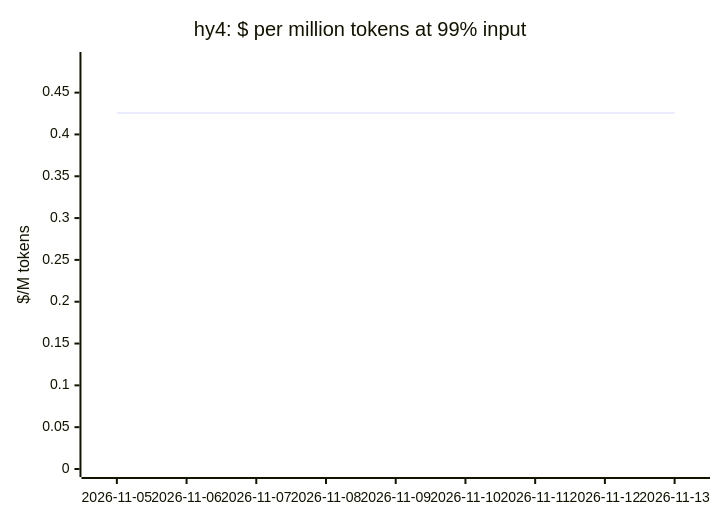
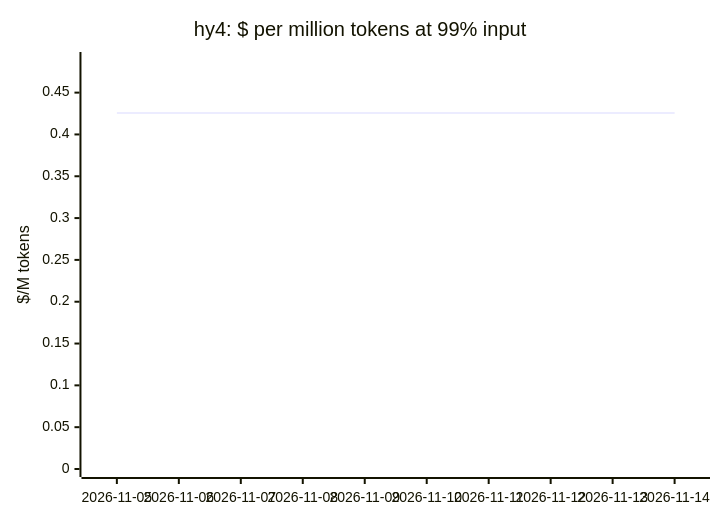
Before and after one commit to cklukas/OMEGA_TRANSFORM: diagram 16 of 19 in docs/openrouter-models.md, drawn with Mermaid. The commit also changed other lines of this file and 63 other files, not shown here.

````diff
--- a/docs/openrouter-models.md
+++ b/docs/openrouter-models.md
@@ -276,7 +276,7 @@
 ```mermaid
 xychart-beta
     title "hy4: $ per million tokens at 99% input"
-    x-axis ["2026-11-05", "2026-11-06", "2026-11-07", "2026-11-08", "2026-11-09", "2026-11-10", "2026-11-11", "2026-11-12", "2026-11-13"]
+    x-axis ["2026-11-05", "2026-11-06", "2026-11-07", "2026-11-08", "2026-11-09", "2026-11-10", "2026-11-11", "2026-11-12", "2026-11-13", "2026-11-14"]
     y-axis "$/M tokens" 0 --> 0.489
-    line [0.4255, 0.4255, 0.4255, 0.4255, 0.4255, 0.4255, 0.4255, 0.4255, 0.4255]
+    line [0.4255, 0.4255, 0.4255, 0.4255, 0.4255, 0.4255, 0.4255, 0.4255, 0.4255, 0.4255]
 ```
````
